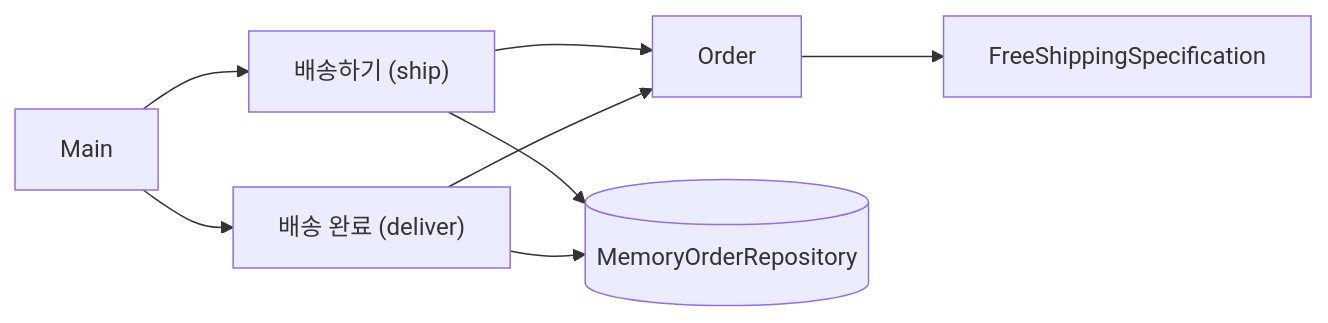
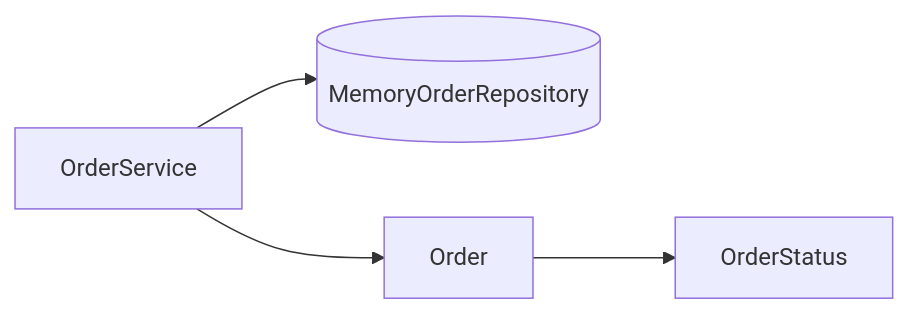
Before and after one commit to busan-bank-2026/ddd-example: the fourth of 9 diagrams in .projectcode/wiki/scenarios.md, drawn with Mermaid. The commit also changed other lines of this file and 5 other files, not shown here.

````diff
--- a/.projectcode/wiki/scenarios.md
+++ b/.projectcode/wiki/scenarios.md
@@ -85,10 +87,6 @@
 ```mermaid
 flowchart LR
-  A[Main] --> B["배송하기 (ship)"]
-  A --> C["배송 완료 (deliver)"]
-  B --> D[Order]
-  C --> D
-  D --> E[FreeShippingSpecification]
-  B --> F[(MemoryOrderRepository)]
-  C --> F
+  A[OrderService] --> B[(MemoryOrderRepository)]
+  A --> C[Order]
+  C --> D[OrderStatus]
 ```
````
